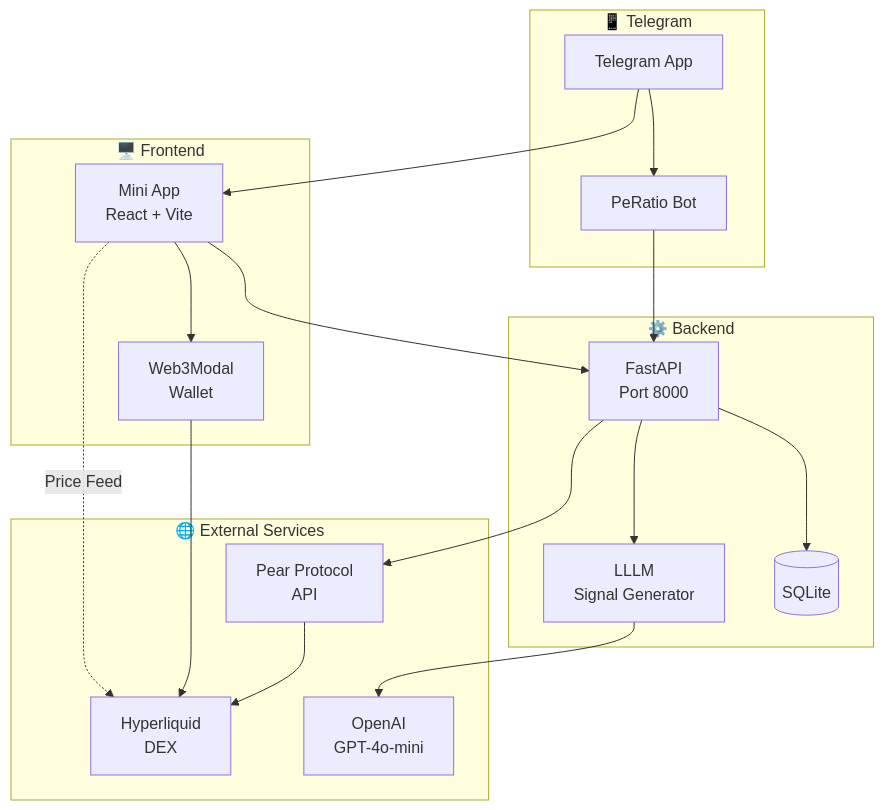
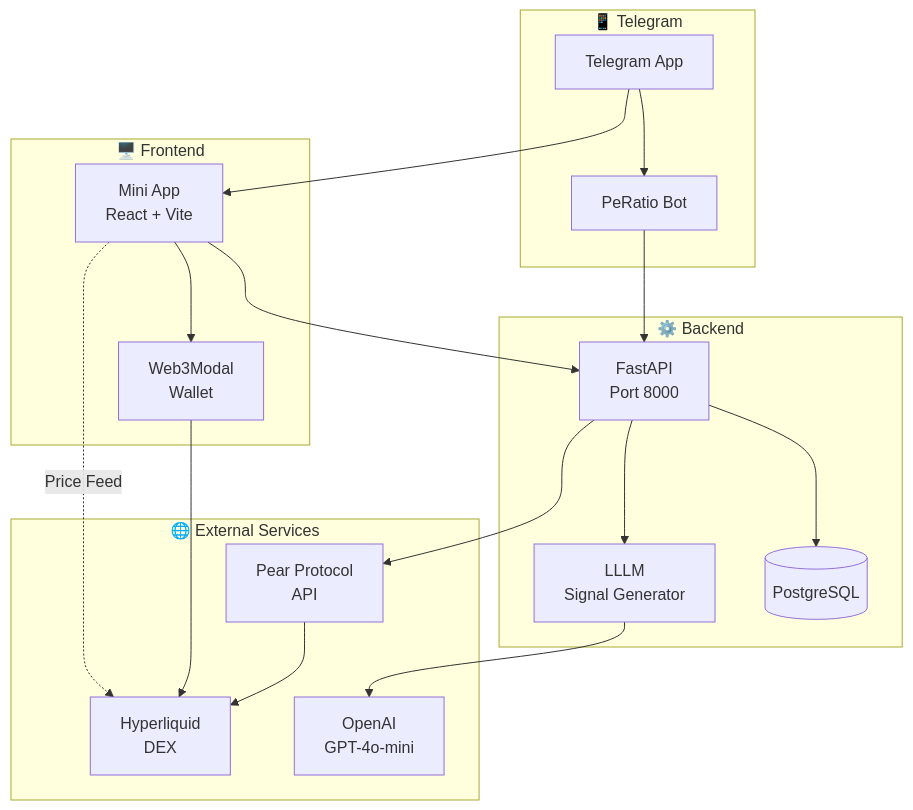
One commit to kolyamkl/PeRatio changed the first of 5 diagrams in README.md. Above: the diagram before and after it, drawn with Mermaid. The commit also changed other lines of this file and 33 other files, not shown here.

````diff
--- a/README.md
+++ b/README.md
@@ -45,39 +45,39 @@
 ```mermaid
 graph TB
     subgraph "📱 Telegram"
         TG[Telegram App]
         BOT[PeRatio Bot]
     end
     
     subgraph "🖥️ Frontend"
         MINI[Mini App<br/>React + Vite]
         WEB3[Web3Modal<br/>Wallet]
     end
     
     subgraph "⚙️ Backend"
         API[FastAPI<br/>Port 8000]
         LLM[LLLM<br/>Signal Generator]
-        DB[(SQLite)]
+        DB[(PostgreSQL)]
     end
     
     subgraph "🌐 External Services"
         OPENAI[OpenAI<br/>GPT-4o-mini]
         PEAR[Pear Protocol<br/>API]
         HL[Hyperliquid<br/>DEX]
     end
     
     TG --> BOT
     BOT --> API
     TG --> MINI
     MINI --> API
     MINI --> WEB3
     WEB3 --> HL
     
     API --> DB
     API --> LLM
     LLM --> OPENAI
     API --> PEAR
     PEAR --> HL
     
     MINI -.->|Price Feed| HL
 ```
````
